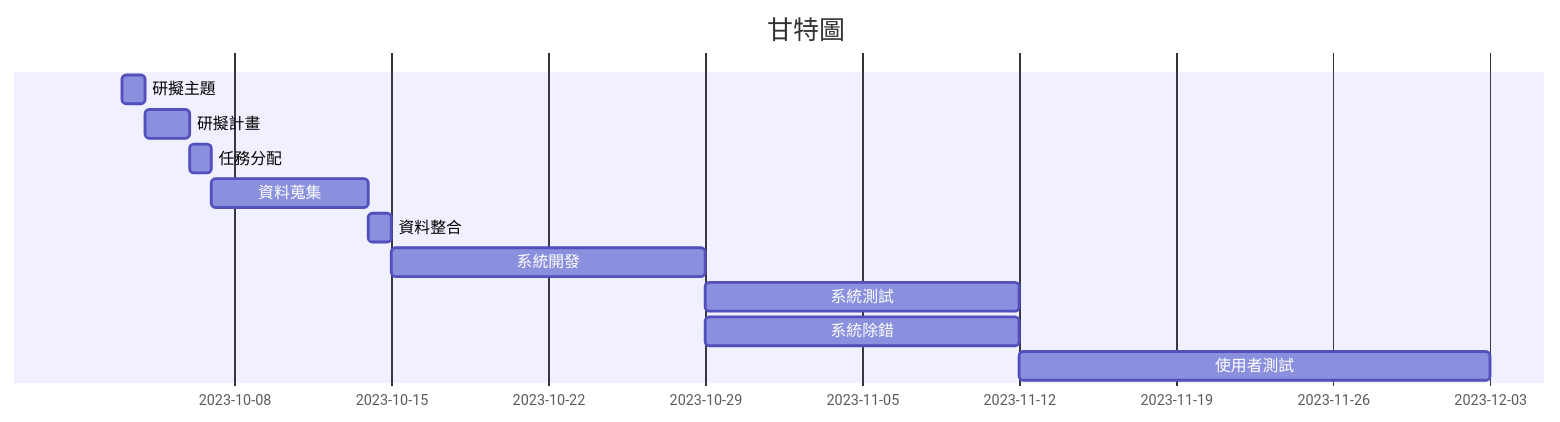
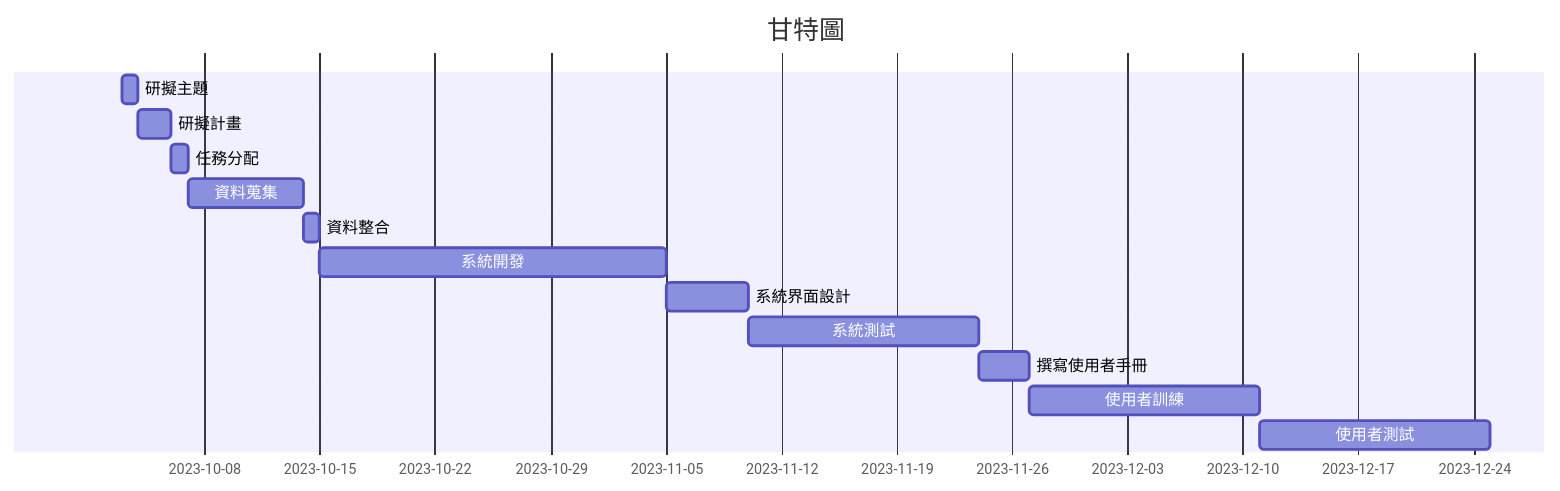
Before and after one commit to C110134148/T15nT1: the diagram in README.md, drawn with Mermaid. The commit also changed other lines of this file, not shown here.

````diff
--- a/README.md
+++ b/README.md
@@ -17,13 +33,15 @@
 ```mermaid
     gantt
         title 甘特圖
         研擬主題     : a1, 2023-10-3 ,1d
         研擬計畫     : a2, after a1 , 2d
         任務分配     : a3, after a2 , 1d
         資料蒐集     : a4, after a3 , 7d
         資料整合     : a5, after a4 , 1d
-        系統開發     : a6, after a5 , 14d
-        系統測試     : a7 ,after a6 , 14d
-        系統除錯     : a8 ,after a6 , 14d
-        使用者測試   : a9, after a7 ,21d
+        系統開發     : a6, after a5 , 21d
+        系統界面設計 : a7, after a6 , 5d
+        系統測試     : a8 ,after a7 , 14d
+        撰寫使用者手冊: a9 ,after a8 , 3d
+        使用者訓練   : a10 ,after a9 , 14d
+        使用者測試   : a11, after a10 ,14d
 ```
````
